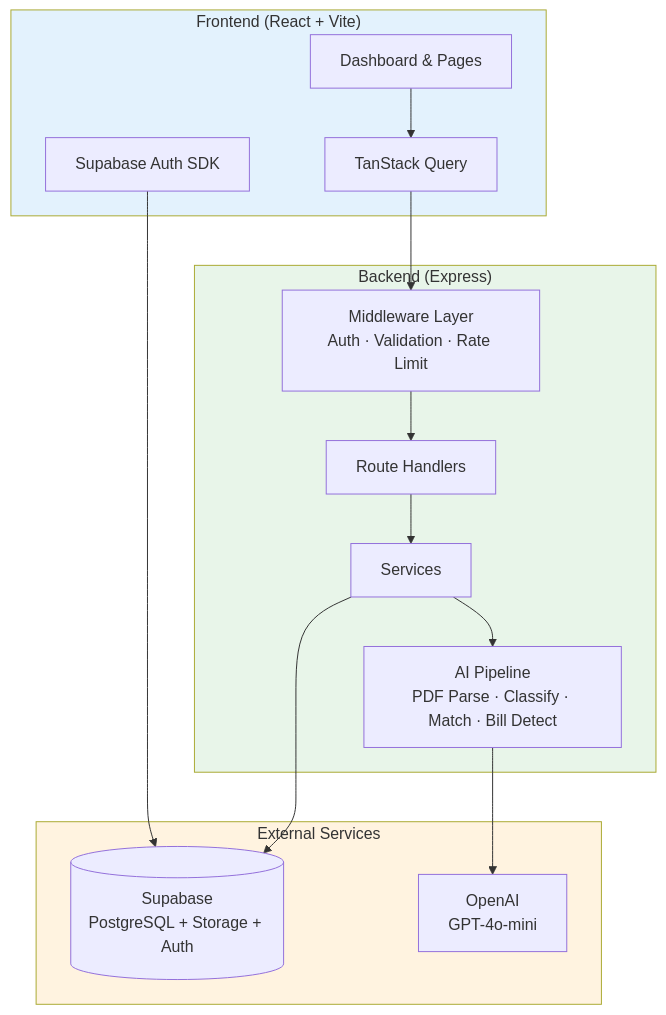
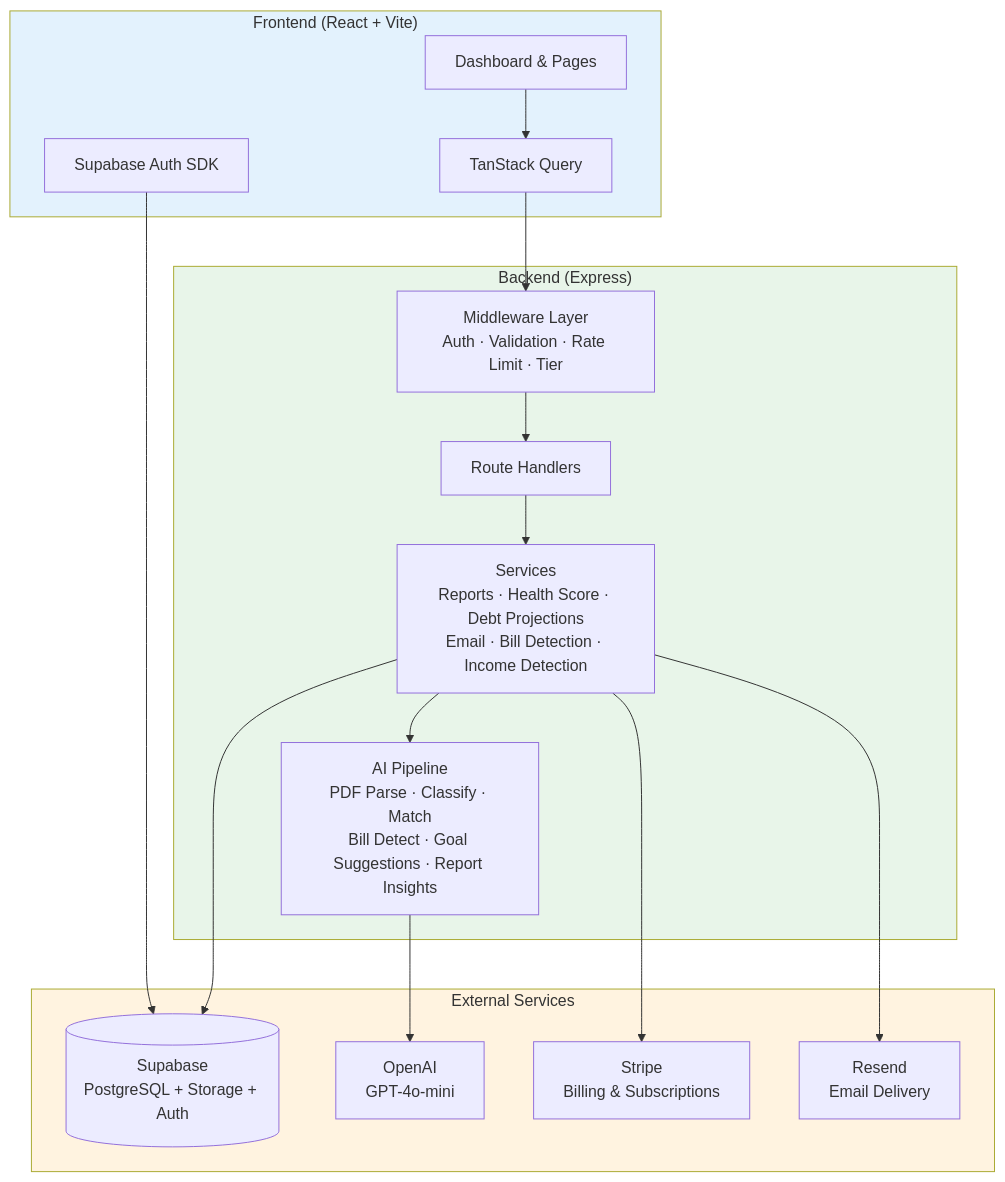
One commit to mjmitchell86/Spendoza changed the first of 12 diagrams in README.md. Above: the diagram before and after it, drawn with Mermaid. The commit also changed other lines of this file, not shown here.

First line of the commit message:
docs: update README with accurate architecture, endpoints, and features

````diff
--- a/README.md
+++ b/README.md
@@ -9,33 +9,37 @@
 ```mermaid
 flowchart TB
     subgraph Client["Frontend (React + Vite)"]
         UI[Dashboard & Pages]
         RQ[TanStack Query]
         SBAuth[Supabase Auth SDK]
     end
 
     subgraph Server["Backend (Express)"]
-        MW[Middleware Layer<br/>Auth · Validation · Rate Limit]
+        MW[Middleware Layer<br/>Auth · Validation · Rate Limit · Tier]
         Routes[Route Handlers]
-        Services[Services]
-        AI[AI Pipeline<br/>PDF Parse · Classify · Match · Bill Detect]
+        Services[Services<br/>Reports · Health Score · Debt Projections<br/>Email · Bill Detection · Income Detection]
+        AI[AI Pipeline<br/>PDF Parse · Classify · Match<br/>Bill Detect · Goal Suggestions · Report Insights]
     end
 
     subgraph External["External Services"]
         SB[(Supabase<br/>PostgreSQL + Storage + Auth)]
         OAI[OpenAI<br/>GPT-4o-mini]
+        Stripe[Stripe<br/>Billing & Subscriptions]
+        Resend[Resend<br/>Email Delivery]
     end
 
     UI --> RQ
     RQ --> MW
     SBAuth --> SB
     MW --> Routes
     Routes --> Services
     Services --> SB
     AI --> OAI
     Services --> AI
+    Services --> Stripe
+    Services --> Resend
 
     style Client fill:#e3f2fd
     style Server fill:#e8f5e9
     style External fill:#fff3e0
 ```
````
